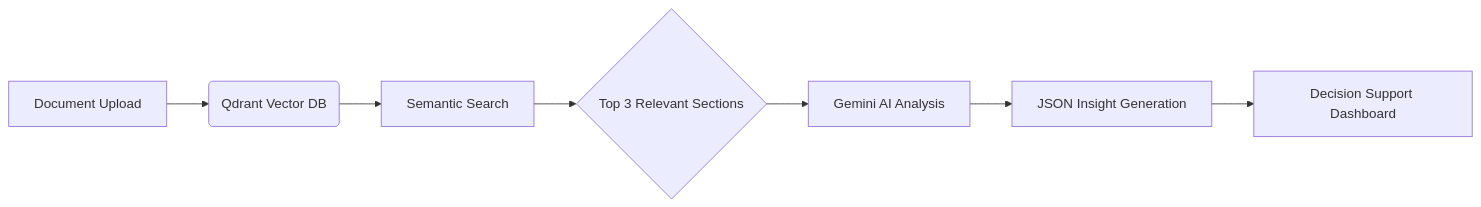
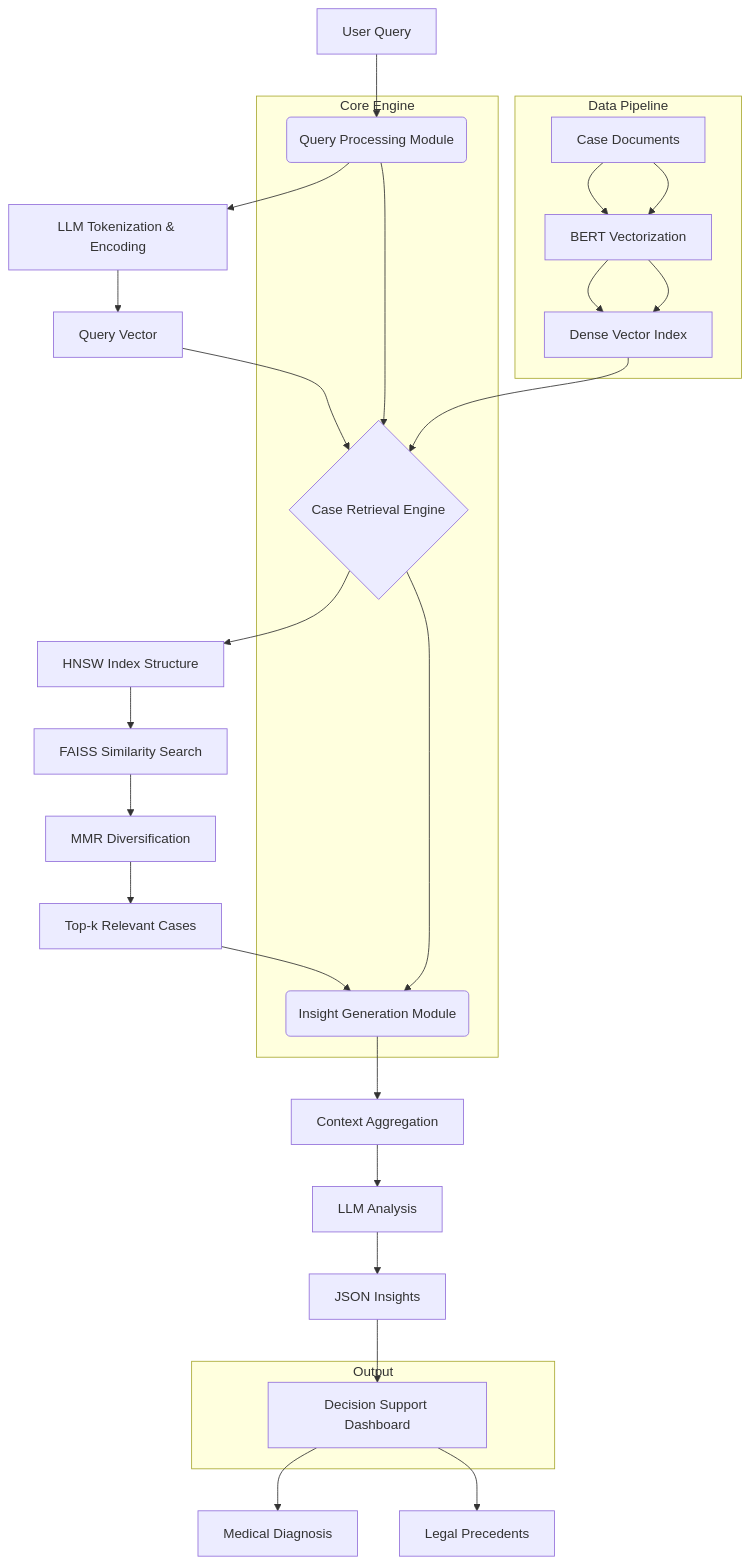
The first of 2 diagrams in README.md (gsdev42/Bajaj-Hack), drawn with Mermaid before and after one commit. The commit also changed other lines of this file, not shown here.

```````diff
--- a/README.md
+++ b/README.md
@@ -88,9 +89,37 @@
-```mermaid
-graph LR
-    A[Document Upload] --> B(Qdrant Vector DB)
-    B --> C[Semantic Search]
-    C --> D{Top 3 Relevant Sections}
-    D --> E[Gemini AI Analysis]
-    E --> F[JSON Insight Generation]
-    F --> G[Decision Support Dashboard]
-```
+``````mermaid
+graph TD
+    A[User Query] --> B(Query Processing Module)
+    B --> C[LLM Tokenization & Encoding]
+    C --> D[Query Vector]
+    D --> E{Case Retrieval Engine}
+    
+    F[Case Documents] --> G[BERT Vectorization]
+    G --> H[Dense Vector Index]
+    H --> E
+    
+    E --> I[HNSW Index Structure]
+    I --> J[FAISS Similarity Search]
+    J --> K[MMR Diversification]
+    K --> L[Top-k Relevant Cases]
+    
+    L --> M(Insight Generation Module)
+    M --> N[Context Aggregation]
+    N --> O[LLM Analysis]
+    O --> P[JSON Insights]
+    
+    P --> Q[Decision Support Dashboard]
+    Q --> R[Medical Diagnosis]
+    Q --> S[Legal Precedents]
+    
+    subgraph Data Pipeline
+        F --> G --> H
+    end
+    
+    subgraph Core Engine
+        B --> E --> M
+    end
+    
+    subgraph Output
+        Q
+    end
+``````
```````
